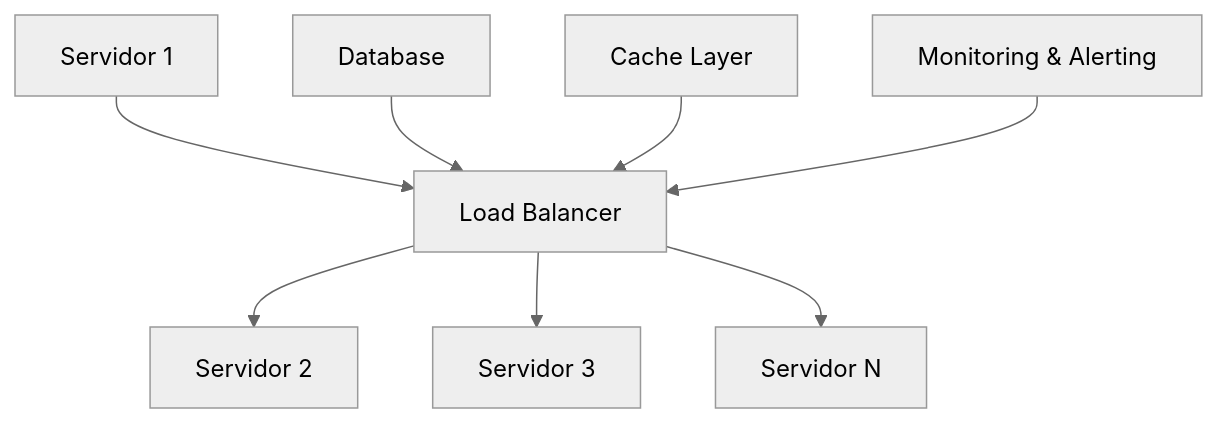
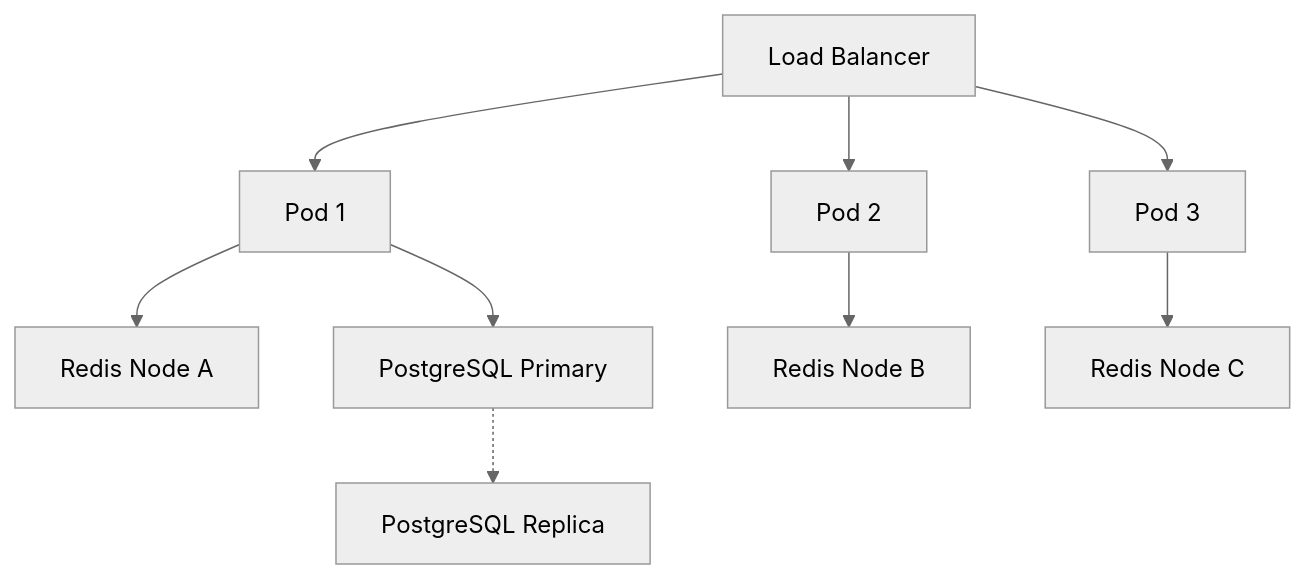
The sixth of 8 diagrams in _Review/arquitectura_fintech_y_sistemas_transaccionales/arquitectura_fintech_y_sistemas_transaccionales.md (Joaquinriosheredia/DAM-Java-Mastery), drawn with Mermaid (neutral theme) before and after one commit. The commit also changed other lines of this file, not shown here.

````diff
--- a/_Review/arquitectura_fintech_y_sistemas_transaccionales/arquitectura_fintech_y_sistemas_transaccionales.md
+++ b/_Review/arquitectura_fintech_y_sistemas_transaccionales/arquitectura_fintech_y_sistemas_transaccionales.md
@@ -658,10 +412,11 @@
 ```mermaid
 graph TD
-    A[Servidor 1] --> B[Load Balancer];
-    B --> C[Servidor 2];
-    B --> D[Servidor 3];
-    B --> E[Servidor N];
-    F[Database] --> B;
-    G[Cache Layer] --> B;
-    H[Monitoring & Alerting] --> B;
+    LB[Load Balancer] --> P1[Pod 1]
+    LB --> P2[Pod 2]
+    LB --> P3[Pod 3]
+    P1 --> R1[Redis Node A]
+    P2 --> R2[Redis Node B]
+    P3 --> R3[Redis Node C]
+    P1 --> DB1[PostgreSQL Primary]
+    DB1 -.-> DB2[PostgreSQL Replica]
 ```
````
